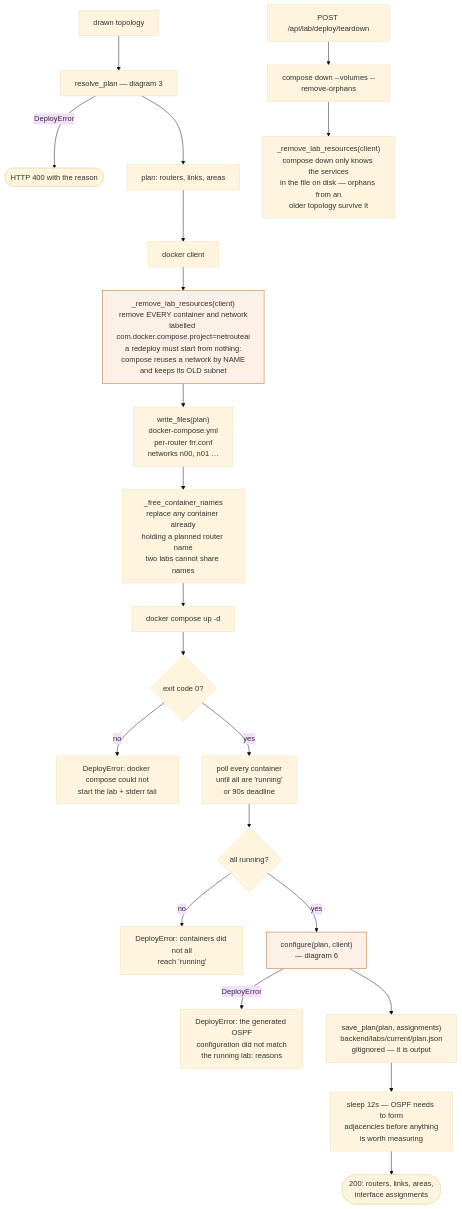
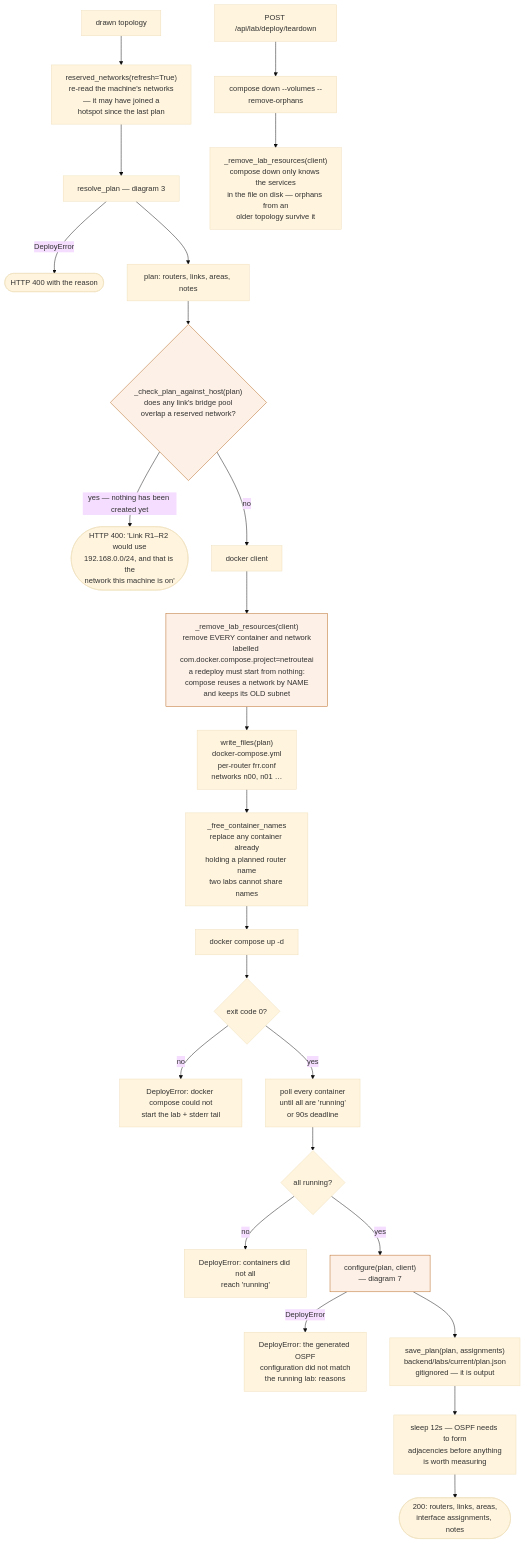
The sixth of 21 diagrams in docs/ALGORITHM_FLOWCHARTS.md (bhavshetty2003-gif/NetRouteAI), drawn with Mermaid (base theme) before and after one commit. The commit also changed other lines of this file and 12 other files, not shown here.

First line of the commit message:
stop the lab from taking the machine's own network

````diff
--- a/docs/ALGORITHM_FLOWCHARTS.md
+++ b/docs/ALGORITHM_FLOWCHARTS.md
@@ -320,30 +439,33 @@
 ```mermaid
 flowchart TD
-    TOPO["drawn topology"] --> RP["resolve_plan — diagram 3"]
+    TOPO["drawn topology"] --> REFRESH["reserved_networks(refresh=True)<br/>re-read the machine's networks<br/>— it may have joined a<br/>hotspot since the last plan"]
+    REFRESH --> RP["resolve_plan — diagram 3"]
     RP -->|DeployError| FAIL(["HTTP 400 with the reason"])
-    RP --> PLAN["plan: routers, links, areas"]
-
-    PLAN --> CLIENT["docker client"]
+    RP --> PLAN["plan: routers, links, areas, notes"]
+    PLAN --> GUARD{"_check_plan_against_host(plan)<br/>does any link's bridge pool<br/>overlap a reserved network?"}
+    GUARD -- "yes — nothing has been created yet" --> FAIL2(["HTTP 400: 'Link R1–R2 would use<br/>192.168.0.0/24, and that is the<br/>network this machine is on'"])
+    GUARD -- no --> CLIENT["docker client"]
     CLIENT --> PURGE["_remove_lab_resources(client)<br/>remove EVERY container and network<br/>labelled com.docker.compose.project=netrouteai<br/>a redeploy must start from nothing:<br/>compose reuses a network by NAME<br/>and keeps its OLD subnet"]
     PURGE --> WRITE["write_files(plan)<br/>docker-compose.yml<br/>per-router frr.conf<br/>networks n00, n01 …"]
     WRITE --> FREE["_free_container_names<br/>replace any container already<br/>holding a planned router name<br/>two labs cannot share names"]
     FREE --> UP["docker compose up -d"]
 
     UP --> UPC{"exit code 0?"}
     UPC -- no --> E1["DeployError: docker compose could not<br/>start the lab + stderr tail"]
     UPC -- yes --> WAIT["poll every container<br/>until all are 'running'<br/>or 90s deadline"]
 
     WAIT --> WAITQ{"all running?"}
     WAITQ -- no --> E2["DeployError: containers did not all<br/>reach 'running'"]
-    WAITQ -- yes --> CONF["configure(plan, client)<br/>— diagram 6"]
+    WAITQ -- yes --> CONF["configure(plan, client)<br/>— diagram 7"]
     CONF -->|DeployError| E3["DeployError: the generated OSPF<br/>configuration did not match<br/>the running lab: reasons"]
     CONF --> SAVE["save_plan(plan, assignments)<br/>backend/labs/current/plan.json<br/>gitignored — it is output"]
     SAVE --> SETTLE["sleep 12s — OSPF needs to form<br/>adjacencies before anything<br/>is worth measuring"]
-    SETTLE --> OK(["200: routers, links, areas,<br/>interface assignments"])
+    SETTLE --> OK(["200: routers, links, areas,<br/>interface assignments, notes"])
 
     ERR["POST /api/lab/deploy/teardown"] --> DOWN["compose down --volumes --remove-orphans"]
     DOWN --> PURGE2["_remove_lab_resources(client)<br/>compose down only knows the services<br/>in the file on disk — orphans from an<br/>older topology survive it"]
 
     style CONF fill:#fdf0e6,stroke:#b5651d
     style PURGE fill:#fdf0e6,stroke:#b5651d
+    style GUARD fill:#fdf0e6,stroke:#b5651d
 ```
````
